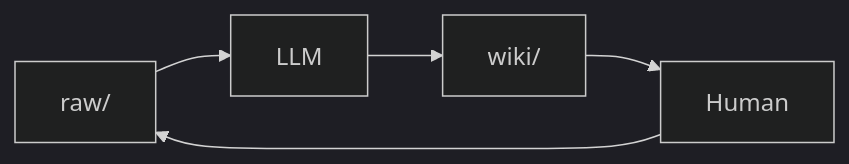
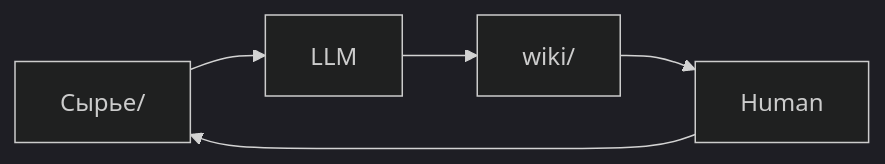
The diagram in 03 Обучение/ЛЛМ и тексты/Сущности/instrumenty.md (sergkuz219034-boop/baza), drawn with Mermaid (dark theme) before and after one commit. The commit also changed other lines of this file and 82 other files, not shown here.

````diff
--- a/03 Обучение/ЛЛМ и тексты/Сущности/instrumenty.md
+++ b/03 Обучение/ЛЛМ и тексты/Сущности/instrumenty.md
@@ -127,7 +127,7 @@
 ```mermaid
 graph LR
-    raw/ --> LLM
+    Сырье/ --> LLM
     LLM --> wiki/
     wiki/ --> Human
-    Human --> raw/
+    Human --> Сырье/
 ```
````
